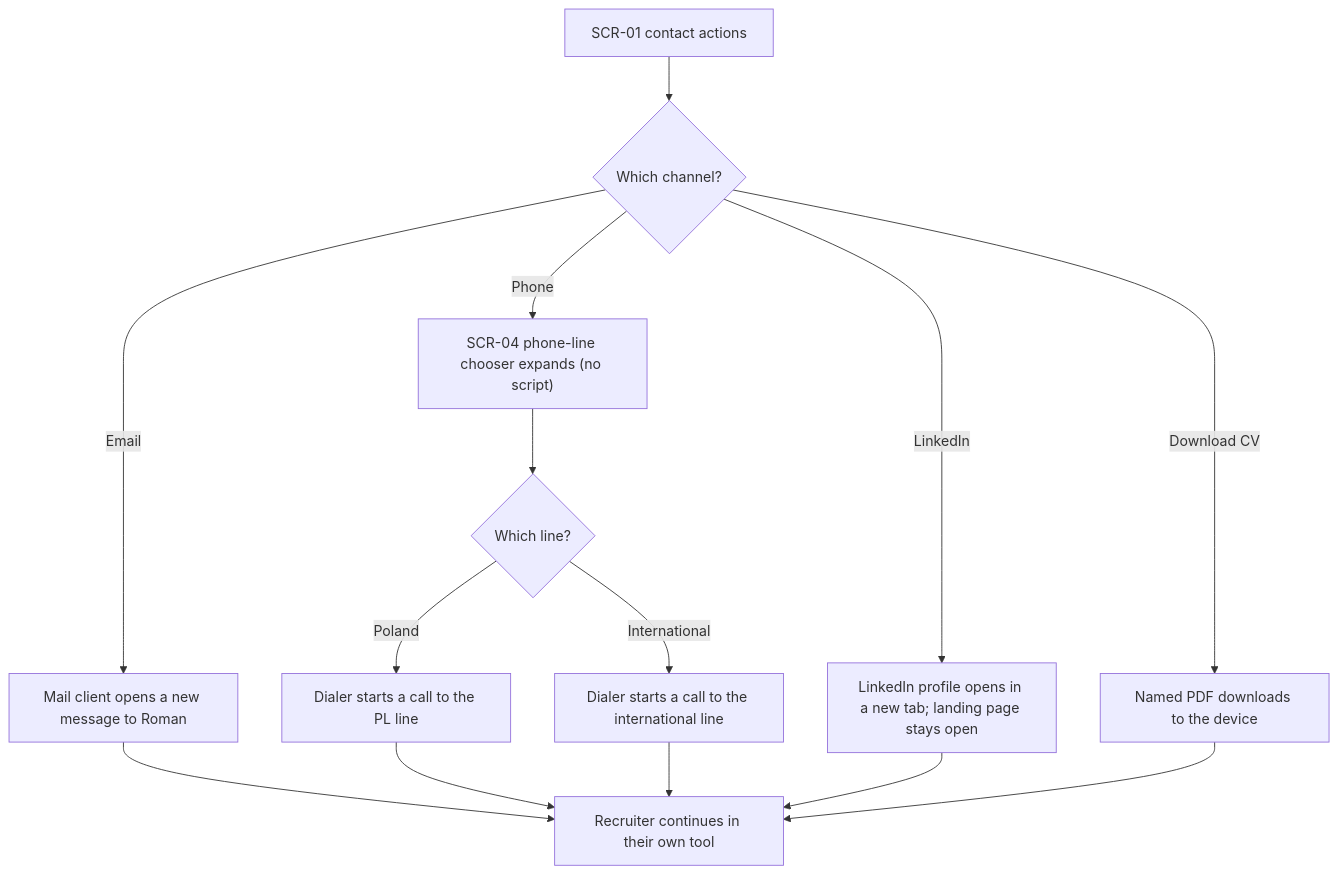
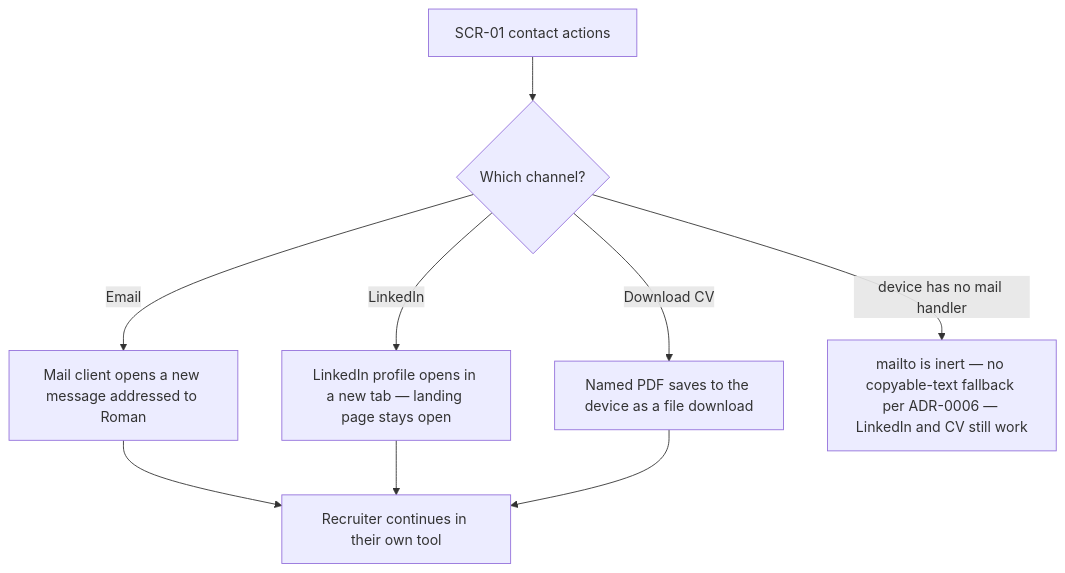
The second of 5 diagrams in docs/features/personal-landing/ux-flows.md (financeasist/personal-page), drawn with Mermaid before and after one commit. The commit also changed other lines of this file and 2 other files, not shown here.

First line of the commit message:
ux-flows: personal-landing — re-sync to phone-out / About-in scope

````diff
--- a/docs/features/personal-landing/ux-flows.md
+++ b/docs/features/personal-landing/ux-flows.md
@@ -57,16 +70,11 @@
 ```mermaid
 flowchart TD
     A["SCR-01 contact actions"] --> B{"Which channel?"}
-    B -->|"Email"| C["Mail client opens a new message to Roman"]
-    B -->|"Phone"| D["SCR-04 phone-line chooser expands (no script)"]
-    D --> E{"Which line?"}
-    E -->|"Poland"| F["Dialer starts a call to the PL line"]
-    E -->|"International"| G["Dialer starts a call to the international line"]
-    B -->|"LinkedIn"| H["LinkedIn profile opens in a new tab; landing page stays open"]
-    B -->|"Download CV"| I["Named PDF downloads to the device"]
-    C --> J["Recruiter continues in their own tool"]
-    F --> J
-    G --> J
-    H --> J
-    I --> J
+    B -->|"Email"| C["Mail client opens a new message addressed to Roman"]
+    B -->|"LinkedIn"| D["LinkedIn profile opens in a new tab — landing page stays open"]
+    B -->|"Download CV"| E["Named PDF saves to the device as a file download"]
+    C --> F["Recruiter continues in their own tool"]
+    D --> F
+    E --> F
+    B -->|"device has no mail handler"| G["mailto is inert — no copyable-text fallback per ADR-0006 — LinkedIn and CV still work"]
 ```
````
